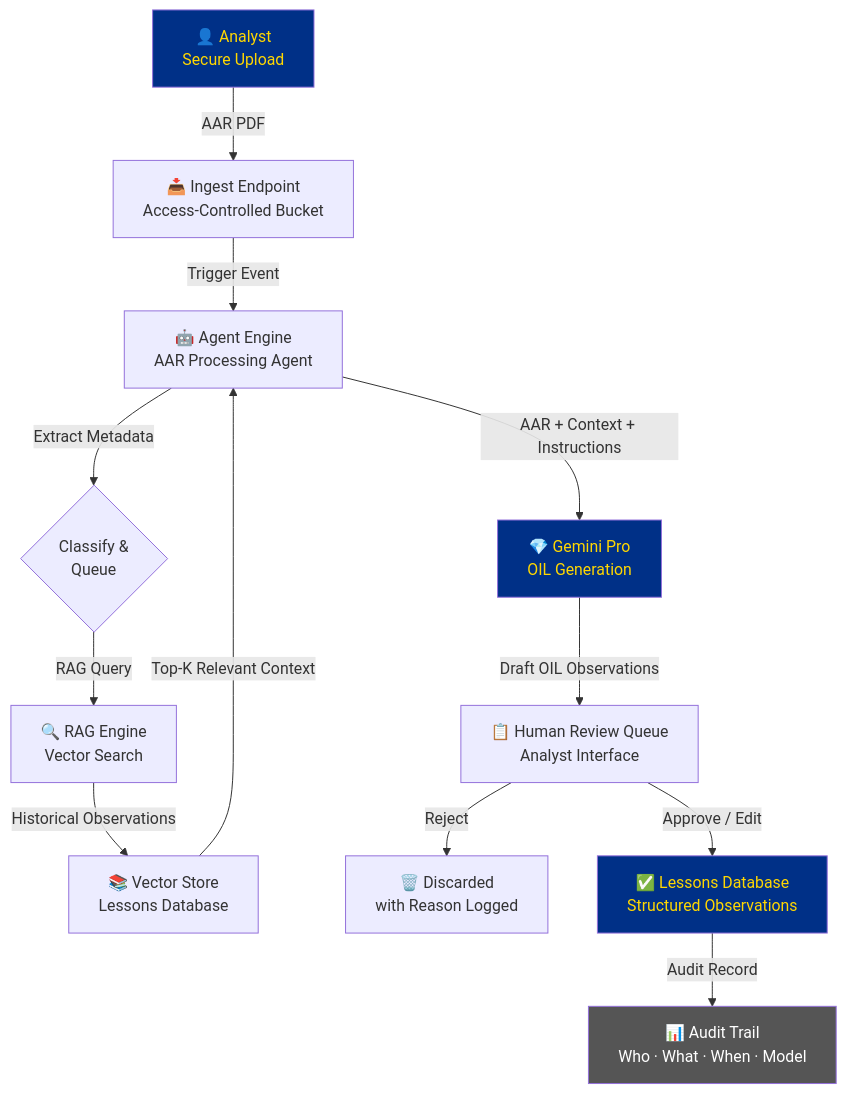
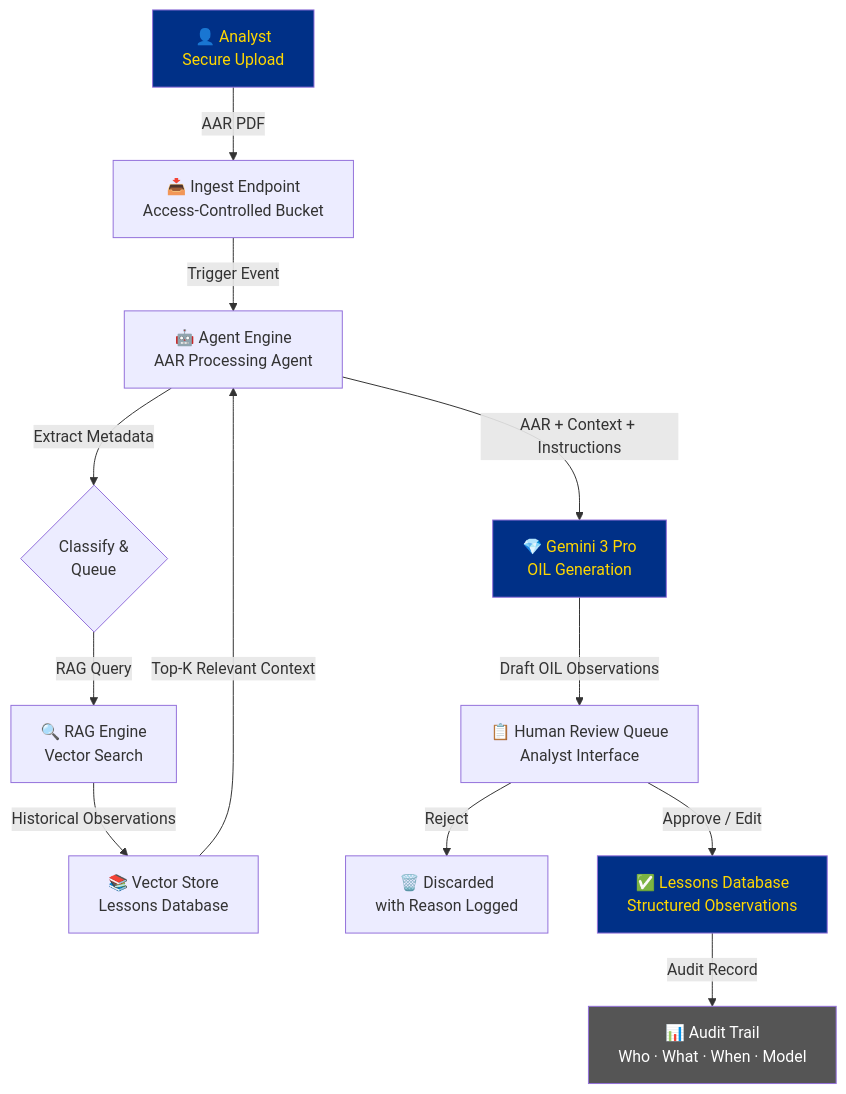
One commit to liquid-books/wolfpacks-edge changed the diagram in chapters/ch05-kennel.md. Above: the diagram before and after it, drawn with Mermaid. The commit also changed other lines of this file, not shown here.

Commit message:
Chapter 3 audit: Gemini 3.1, Gemma 4, Veo 3.1, 14 images, links

````diff
--- a/chapters/ch05-kennel.md
+++ b/chapters/ch05-kennel.md
@@ -491,19 +553,19 @@
 ```mermaid
 flowchart TD
     A[👤 Analyst<br/>Secure Upload] -->|AAR PDF| B[📥 Ingest Endpoint<br/>Access-Controlled Bucket]
     B -->|Trigger Event| C[🤖 Agent Engine<br/>AAR Processing Agent]
     C -->|Extract Metadata| D{Classify &<br/>Queue}
     D -->|RAG Query| E[🔍 RAG Engine<br/>Vector Search]
     E -->|Historical Observations| F[📚 Vector Store<br/>Lessons Database]
     F -->|Top-K Relevant Context| C
-    C -->|AAR + Context + Instructions| G[💎 Gemini Pro<br/>OIL Generation]
+    C -->|AAR + Context + Instructions| G[💎 Gemini 3 Pro<br/>OIL Generation]
     G -->|Draft OIL Observations| H[📋 Human Review Queue<br/>Analyst Interface]
     H -->|Reject| I[🗑️ Discarded<br/>with Reason Logged]
     H -->|Approve / Edit| J[✅ Lessons Database<br/>Structured Observations]
     J -->|Audit Record| K[📊 Audit Trail<br/>Who · What · When · Model]
     
     style A fill:#003087,color:#FFD700
     style G fill:#003087,color:#FFD700
     style J fill:#003087,color:#FFD700
     style K fill:#555,color:#fff
 ```
````
